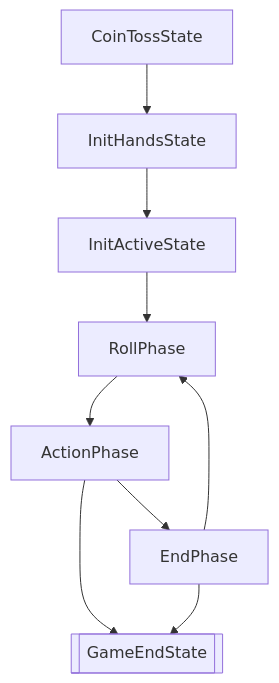
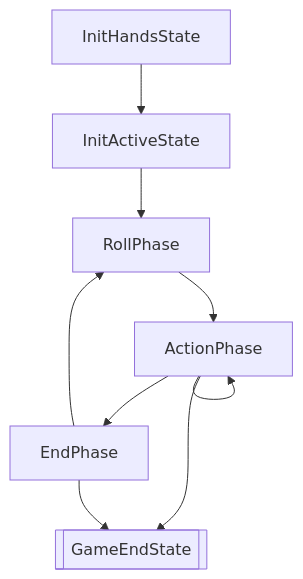
One commit to guyutongxue/genius-invokation changed the diagram in docs/develop/state.md. Above: the diagram before and after it, drawn with Mermaid. The commit also changed other lines of this file and 17 other files, not shown here.

````diff
--- a/docs/develop/state.md
+++ b/docs/develop/state.md
@@ -5,7 +5,8 @@
 ```mermaid
 flowchart TB
-  CoinTossState --> InitHandsState --> InitActiveState --> RollPhase --> ActionPhase --> EndPhase --> RollPhase
+  InitHandsState --> InitActiveState --> RollPhase --> ActionPhase --> EndPhase --> RollPhase
   ges[[GameEndState]]
   ActionPhase --> ges
+  ActionPhase --> ActionPhase
   EndPhase --> ges
 ```
````
